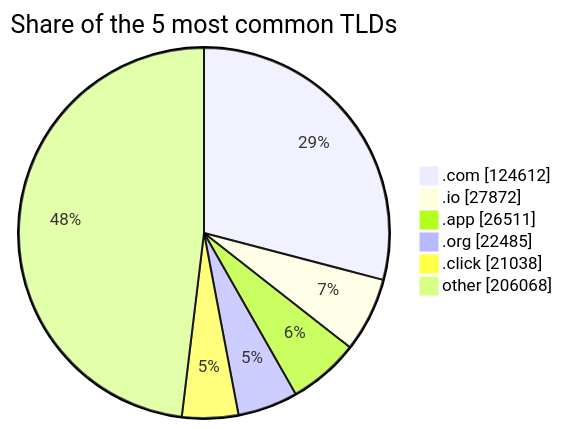
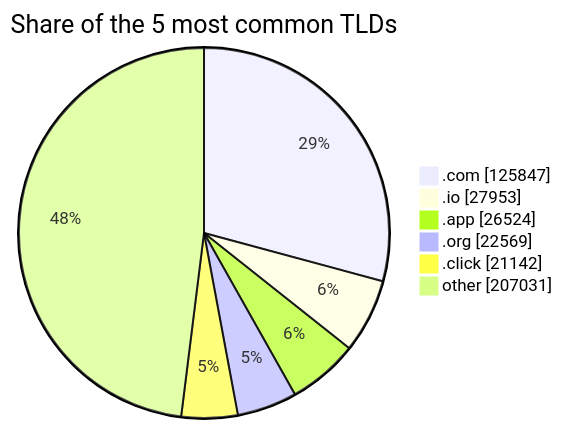
One commit to DNSBunker/CTI changed the third of 3 diagrams in README.md. Above: the diagram before and after it, drawn with Mermaid. The commit also changed other lines of this file and 3 other files, not shown here.

````diff
--- a/README.md
+++ b/README.md
@@ -81,9 +81,9 @@
 ```mermaid
 pie showData title Share of the 5 most common TLDs
-    ".com" : 124612
-    ".io" : 27872
-    ".app" : 26511
-    ".org" : 22485
-    ".click" : 21038
-    "other" : 206068
+    ".com" : 125847
+    ".io" : 27953
+    ".app" : 26524
+    ".org" : 22569
+    ".click" : 21142
+    "other" : 207031
 ```
````
